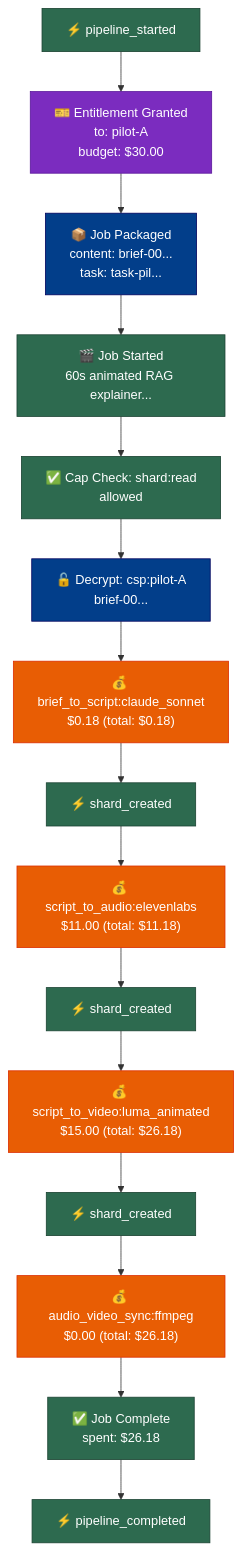
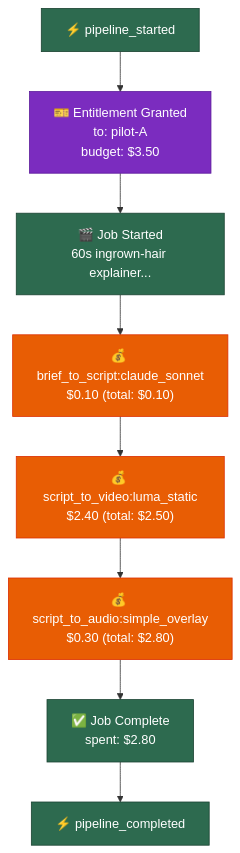
Before and after one commit to aaronmarkham/spiritwriter-core: the first of 3 diagrams in docs/traced-workflows.md, drawn with Mermaid. The commit also changed other lines of this file, not shown here.

````diff
--- a/docs/traced-workflows.md
+++ b/docs/traced-workflows.md
@@ -415,38 +487,23 @@
 ```mermaid
 graph TD
     classDef ok fill:#2d6a4f,stroke:#1b4332,color:#fff
-    classDef fail fill:#9d0208,stroke:#6a040f,color:#fff
     classDef shard fill:#023e8a,stroke:#03045e,color:#fff
     classDef spend fill:#e85d04,stroke:#dc2f02,color:#fff
     classDef entitle fill:#7b2cbf,stroke:#5a189a,color:#fff
 
     N0["⚡ pipeline_started"]:::ok
-    N1["🎫 Entitlement Granted<br/>to: pilot-A<br/>budget: $30.00"]:::entitle
+    N1["🎫 Entitlement Granted<br/>to: pilot-A<br/>budget: $3.50"]:::entitle
     N0 --> N1
-    N2["📦 Job Packaged<br/>content: brief-00...<br/>task: task-pil..."]:::shard
+    N2["🎬 Job Started<br/>60s ingrown-hair explainer..."]:::ok
     N1 --> N2
-    N3["🎬 Job Started<br/>60s animated RAG explainer..."]:::ok
+    N3["💰 brief_to_script:claude_sonnet<br/>$0.10 (total: $0.10)"]:::spend
     N2 --> N3
-    N4["✅ Cap Check: shard:read<br/>allowed"]:::ok
+    N4["💰 script_to_video:luma_static<br/>$2.40 (total: $2.50)"]:::spend
     N3 --> N4
-    N5["🔓 Decrypt: csp:pilot-A<br/>brief-00..."]:::shard
+    N5["💰 script_to_audio:simple_overlay<br/>$0.30 (total: $2.80)"]:::spend
     N4 --> N5
-    N6["💰 brief_to_script:claude_sonnet<br/>$0.18 (total: $0.18)"]:::spend
+    N6["✅ Job Complete<br/>spent: $2.80"]:::ok
     N5 --> N6
-    N7["⚡ shard_created"]:::ok
+    N7["⚡ pipeline_completed"]:::ok
     N6 --> N7
-    N8["💰 script_to_audio:elevenlabs<br/>$11.00 (total: $11.18)"]:::spend
-    N7 --> N8
-    N9["⚡ shard_created"]:::ok
-    N8 --> N9
-    N10["💰 script_to_video:luma_animated<br/>$15.00 (total: $26.18)"]:::spend
-    N9 --> N10
-    N11["⚡ shard_created"]:::ok
-    N10 --> N11
-    N12["💰 audio_video_sync:ffmpeg<br/>$0.00 (total: $26.18)"]:::spend
-    N11 --> N12
-    N13["✅ Job Complete<br/>spent: $26.18"]:::ok
-    N12 --> N13
-    N14["⚡ pipeline_completed"]:::ok
-    N13 --> N14
 ```
````
